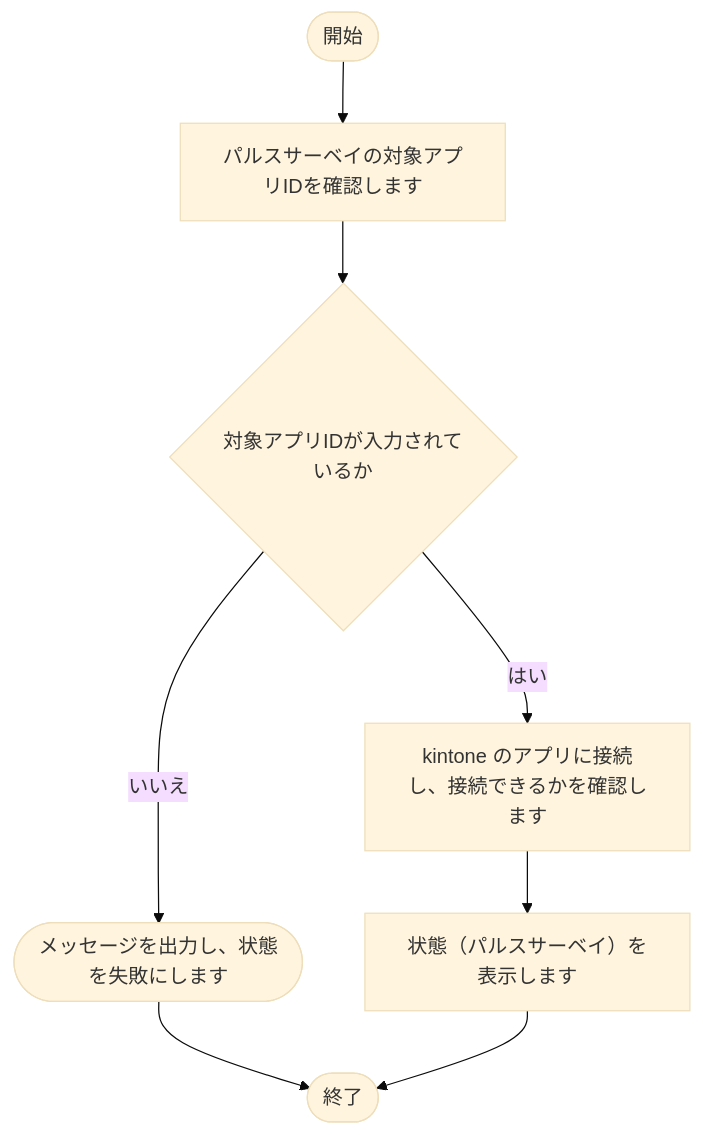
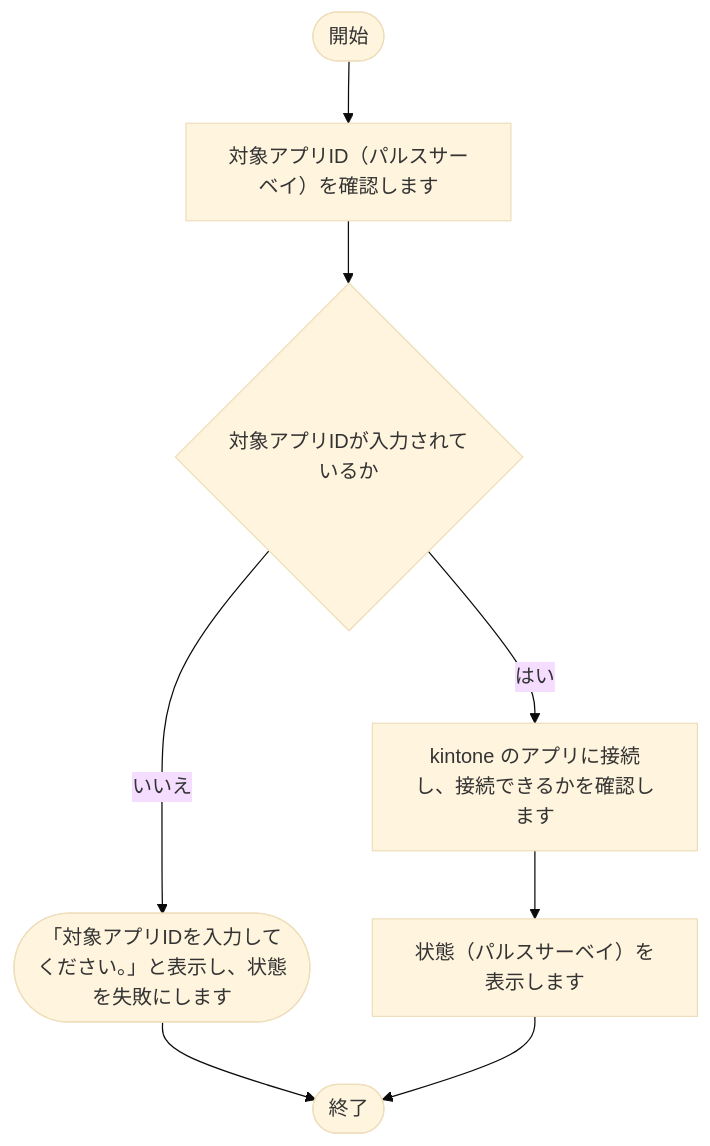
Before and after one commit to nishida2073/project_management: diagram 19 of 25 in tool/kintone-aggregator/doc/02_設計/処理フロー.md, drawn with Mermaid (base theme). The commit also changed other lines of this file and 35 other files, not shown here.

````diff
--- a/tool/kintone-aggregator/doc/02_設計/処理フロー.md
+++ b/tool/kintone-aggregator/doc/02_設計/処理フロー.md
@@ -487,17 +500,17 @@
 ```mermaid
 flowchart TD
     S(["開始"])
     E(["終了"])
-    N1["パルスサーベイの対象アプリIDを確認します"]
+    N1["対象アプリID（パルスサーベイ）を確認します"]
     S --> N1
     N2{"対象アプリIDが入力されているか"}
-    X2(["メッセージを出力し、状態を失敗にします"])
+    X2(["「対象アプリIDを入力してください。」と表示し、状態を失敗にします"])
     X2 --> E
     N2 -- いいえ --> X2
     N1 --> N2
     N3["kintone のアプリに接続し、接続できるかを確認します"]
     N2 -- はい --> N3
     N4["状態（パルスサーベイ）を表示します"]
     N3 --> N4
     N4 --> E
 ```
````
